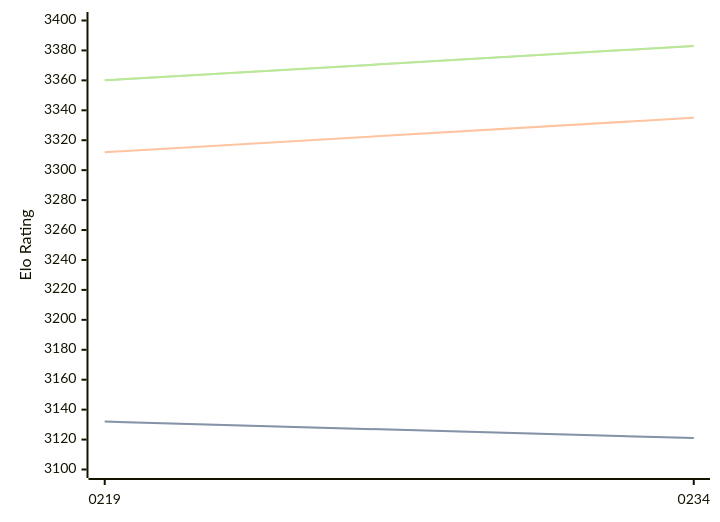
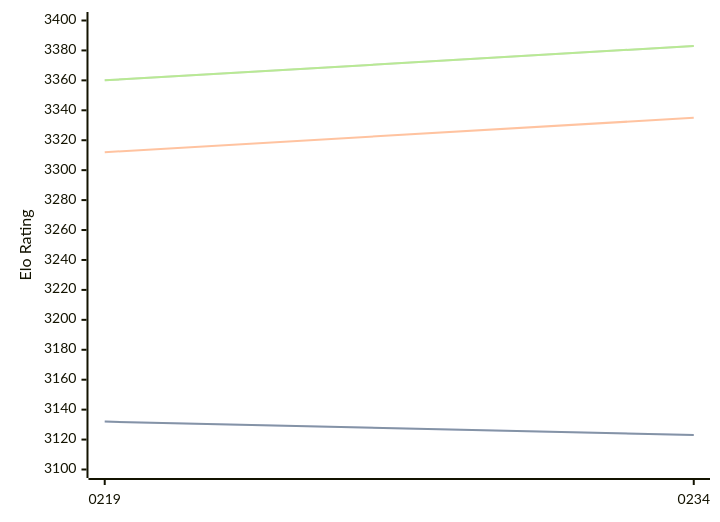
The diagram in engines/Ynode.md (computer-chess-index/cci), drawn with Mermaid before and after one commit. The commit also changed other lines of this file, not shown here.

````diff
--- a/engines/Ynode.md
+++ b/engines/Ynode.md
@@ -39,11 +39,11 @@
 ```mermaid
 %%{init: {"theme":"base","themeVariables":{"seriesColors:['#a3a3a3','#222221','#faa371']}}}%%
 xychart-beta
   x-axis ["0219", "0234"]
   y-axis "Elo Rating" 3100 --> 3400
-  line "STC (8.0+0.08s)" [3132, 3121]
-  line "STC (8.0+0.08s)" [3132, 3121]
+  line "STC (8.0+0.08s)" [3132, 3123]
+  line "STC (8.0+0.08s)" [3132, 3123]
   line "LTC (60.0+0.60s)" [3312, 3335]
   line "VLTC (2m24s+1.12s)" [3360, 3383]
   line "VLTC (2m24s+1.12s)" [3360, 3383]
 ```
````
